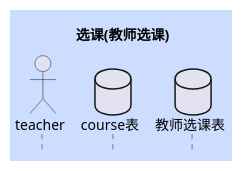
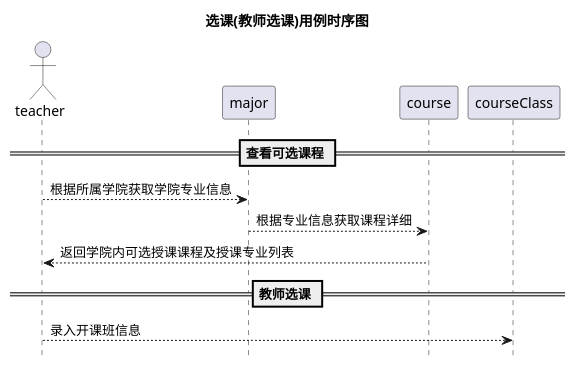
The first of 16 diagrams in test6/sequence.pu (201610414130/is_analysis-4), drawn with PlantUML before and after one commit. The commit also changed other lines of this file and 8 other files, not shown here.

Commit message:
将剩余的时序图完成,并重新生了以便图片,预防遗失为生成项

```diff
--- a/test6/sequence.pu
+++ b/test6/sequence.pu
@@ -49,8 +1,11 @@
 @startuml 选课(教师选课)
-title 选课(教师选课)
+title 选课(教师选课)用例时序图
 hide footbox
-skinparam backgroundColor #cdf
 actor teacher
-database course表
-database 教师选课表
+== 查看可选课程 ==
+teacher --> major: 根据所属学院获取学院专业信息
+major --> course: 根据专业信息获取课程详细
+course --> teacher: 返回学院内可选授课课程及授课专业列表
+== 教师选课 ==
+teacher --> courseClass: 录入开课班信息
 @enduml
```
